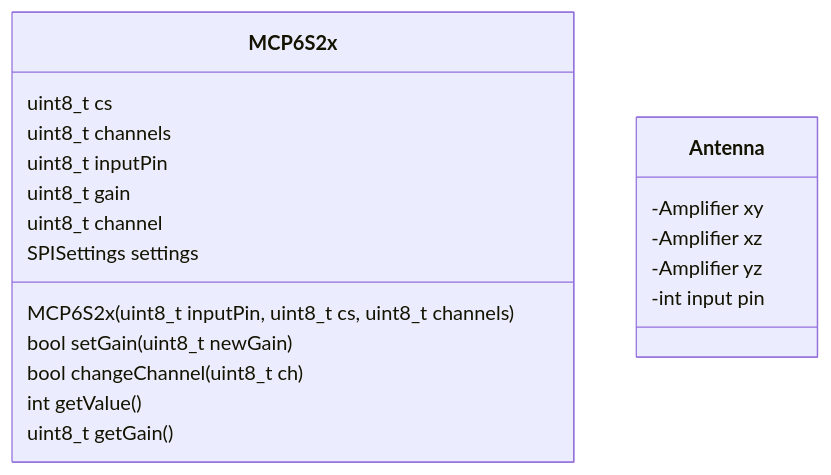
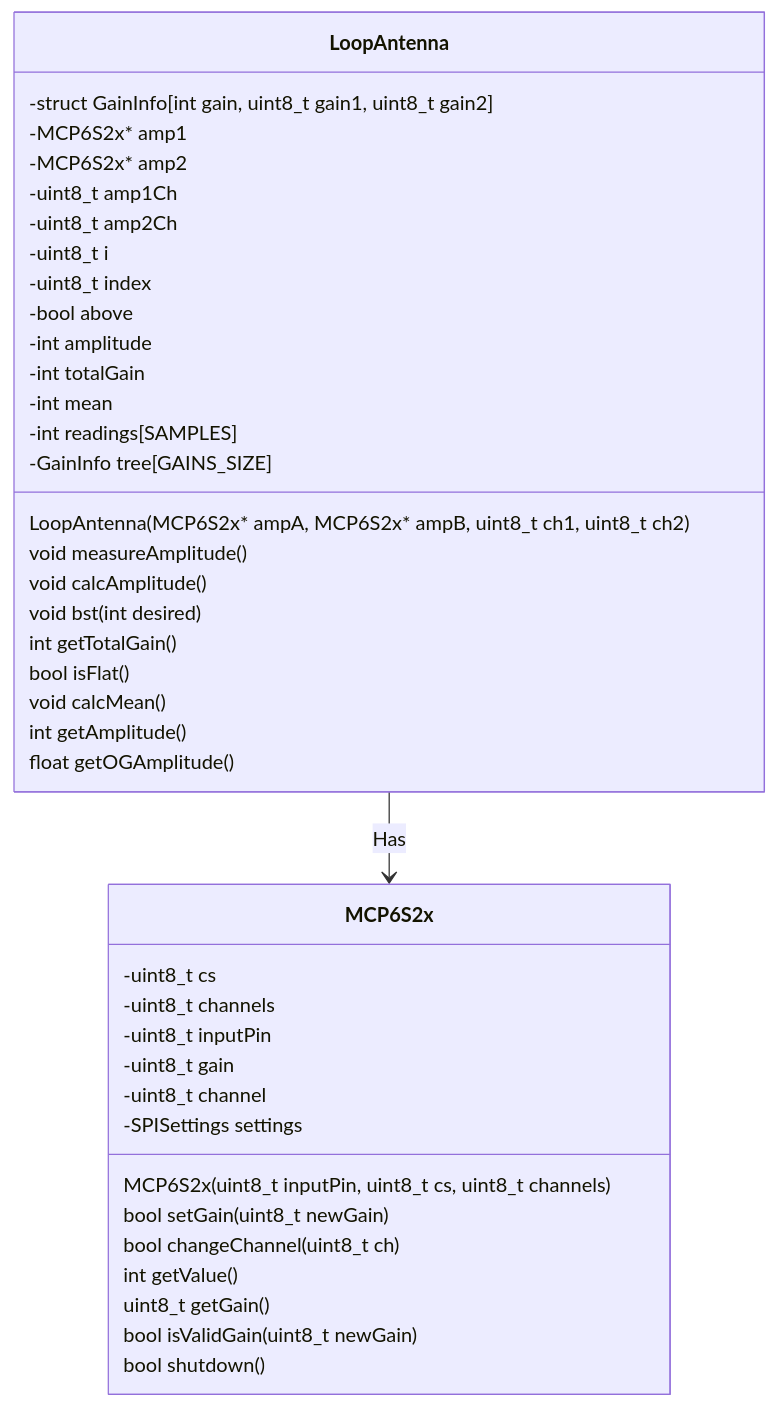
The diagram in software/class_diagram.md (davider3/aspades), drawn with Mermaid before and after one commit. The commit also changed other lines of this file, not shown here.

Commit message:
updated class diagram

````diff
--- a/software/class_diagram.md
+++ b/software/class_diagram.md
@@ -3,27 +3,50 @@
 ``` mermaid
 
     classDiagram
 
         class MCP6S2x{
-            uint8_t cs
-            uint8_t channels
-            uint8_t inputPin
-            uint8_t gain
-            uint8_t channel
-            SPISettings settings
+            -uint8_t cs
+            -uint8_t channels
+            -uint8_t inputPin
+            -uint8_t gain
+            -uint8_t channel
+            -SPISettings settings
 
             MCP6S2x(uint8_t inputPin, uint8_t cs, uint8_t channels)
             bool setGain(uint8_t newGain)
             bool changeChannel(uint8_t ch)
             int getValue()
             uint8_t getGain()
+            bool isValidGain(uint8_t newGain)
+            bool shutdown()
         }
     
-        class Antenna{
-            -Amplifier xy
-            -Amplifier xz
-            -Amplifier yz
-            -int input pin
+        class LoopAntenna{
+
+            -struct GainInfo[int gain, uint8_t gain1, uint8_t gain2]
+            -MCP6S2x* amp1
+            -MCP6S2x* amp2
+            -uint8_t amp1Ch
+            -uint8_t amp2Ch
+            -uint8_t i
+            -uint8_t index
+            -bool above
+            -int amplitude
+            -int totalGain
+            -int mean
+            -int readings[SAMPLES]
+            -GainInfo tree[GAINS_SIZE]
+
+            LoopAntenna(MCP6S2x* ampA, MCP6S2x* ampB, uint8_t ch1, uint8_t ch2)
+            void measureAmplitude()
+            void calcAmplitude()
+            void bst(int desired)
+            int getTotalGain()
+            bool isFlat()
+            void calcMean()
+            int getAmplitude()
+            float getOGAmplitude()
         }
 
+        LoopAntenna --> MCP6S2x : Has
 ```
````
